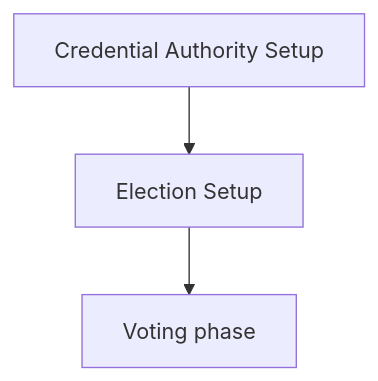
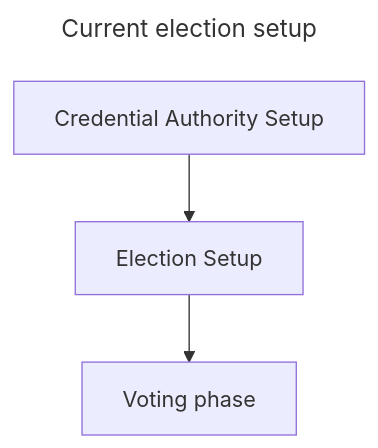
Before and after one commit to mjal/maxime.lalis.se: the first of 2 diagrams in content/posts/eligiblity-distribution.md, drawn with Mermaid. The commit also changed other lines of this file, not shown here.

````diff
--- a/content/posts/eligiblity-distribution.md
+++ b/content/posts/eligiblity-distribution.md
@@ -16,4 +16,7 @@
 ```mermaid
+---
+title: Current election setup
+---
 flowchart TD
     A[Credential Authority Setup] --> B[Election Setup] --> C[Voting phase]
 ```
````
